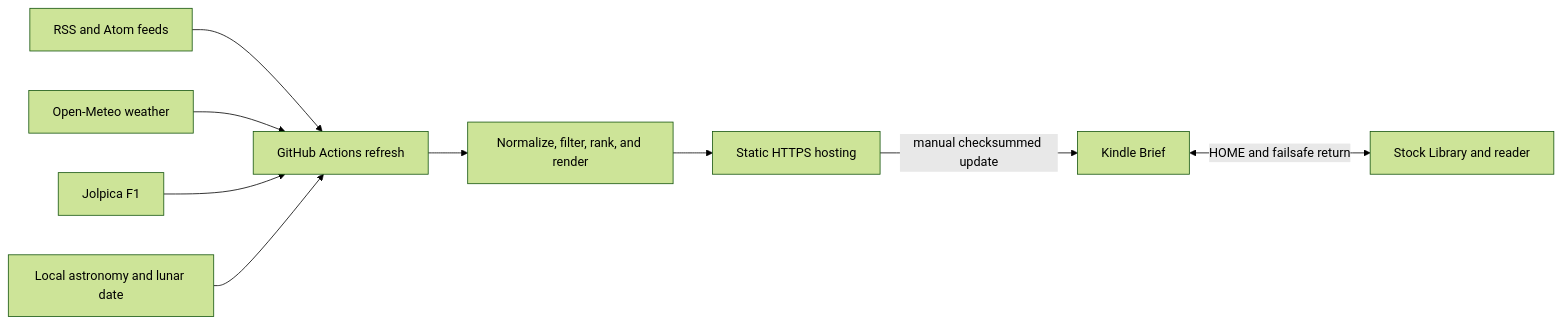
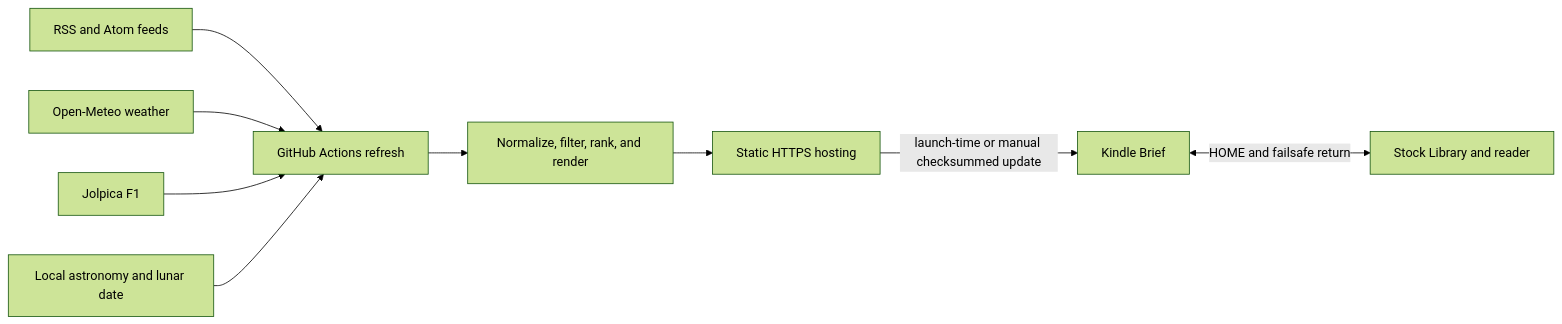
The diagram in README.md (Lzchyi/inkbrief), drawn with Mermaid (forest theme) before and after one commit. The commit also changed other lines of this file and 78 other files, not shown here.

Commit message:
Polish visuals and harden refresh flow

````diff
--- a/README.md
+++ b/README.md
@@ -28,11 +28,11 @@
 ```mermaid
 flowchart LR
     RSS["RSS and Atom feeds"] --> Actions["GitHub Actions refresh"]
     Weather["Open-Meteo weather"] --> Actions
     F1["Jolpica F1"] --> Actions
     Sky["Local astronomy and lunar date"] --> Actions
     Actions --> Pipeline["Normalize, filter, rank, and render"]
     Pipeline --> Host["Static HTTPS hosting"]
-    Host -->|"manual checksummed update"| Kindle["Kindle Brief"]
+    Host -->|"launch-time or manual checksummed update"| Kindle["Kindle Brief"]
     Kindle <-->|"HOME and failsafe return"| Library["Stock Library and reader"]
 ```
````
